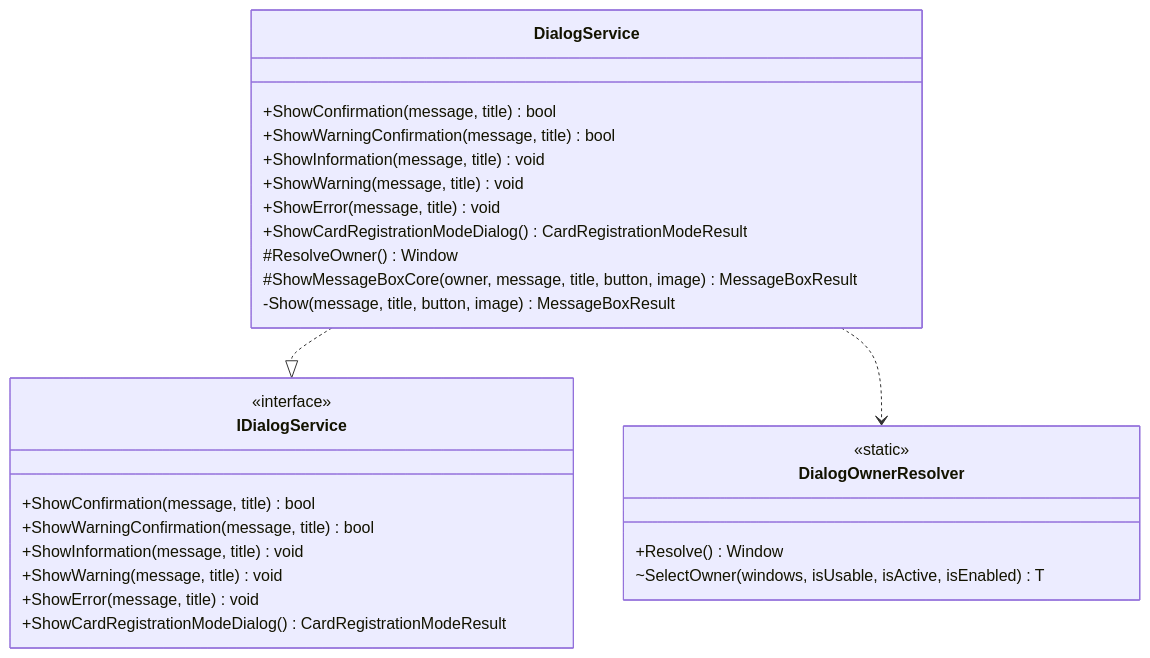
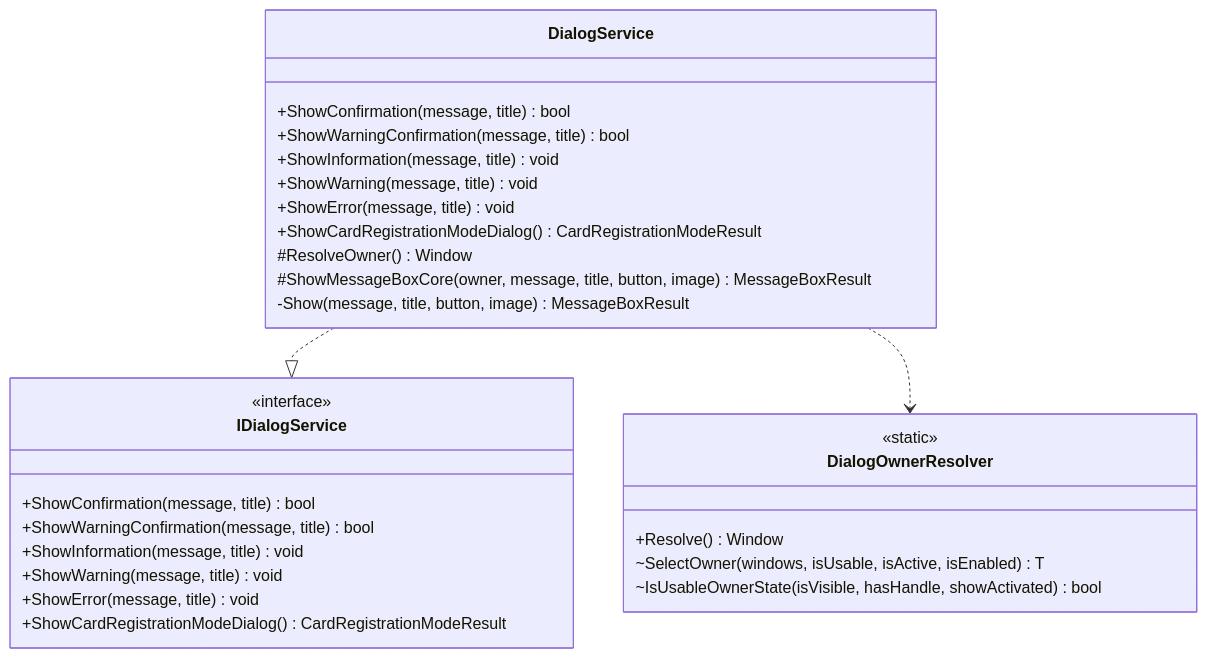
Before and after one commit to kuwayamamasayuki/ICCardManager: diagram 28 of 51 in ICCardManager/docs/design/05_クラス設計書.md, drawn with Mermaid. The commit also changed other lines of this file and 8 other files, not shown here.

````diff
--- a/ICCardManager/docs/design/05_クラス設計書.md
+++ b/ICCardManager/docs/design/05_クラス設計書.md
@@ -1647,33 +1647,34 @@
 ```mermaid
 classDiagram
     class IDialogService {
         <<interface>>
         +ShowConfirmation(message, title) bool
         +ShowWarningConfirmation(message, title) bool
         +ShowInformation(message, title) void
         +ShowWarning(message, title) void
         +ShowError(message, title) void
         +ShowCardRegistrationModeDialog() CardRegistrationModeResult
     }
 
     class DialogService {
         +ShowConfirmation(message, title) bool
         +ShowWarningConfirmation(message, title) bool
         +ShowInformation(message, title) void
         +ShowWarning(message, title) void
         +ShowError(message, title) void
         +ShowCardRegistrationModeDialog() CardRegistrationModeResult
         #ResolveOwner() Window
         #ShowMessageBoxCore(owner, message, title, button, image) MessageBoxResult
         -Show(message, title, button, image) MessageBoxResult
     }
 
     class DialogOwnerResolver {
         <<static>>
         +Resolve() Window
         ~SelectOwner(windows, isUsable, isActive, isEnabled) T
+        ~IsUsableOwnerState(isVisible, hasHandle, showActivated) bool
     }
 
     DialogService ..|> IDialogService
     DialogService ..> DialogOwnerResolver
 ```
````
